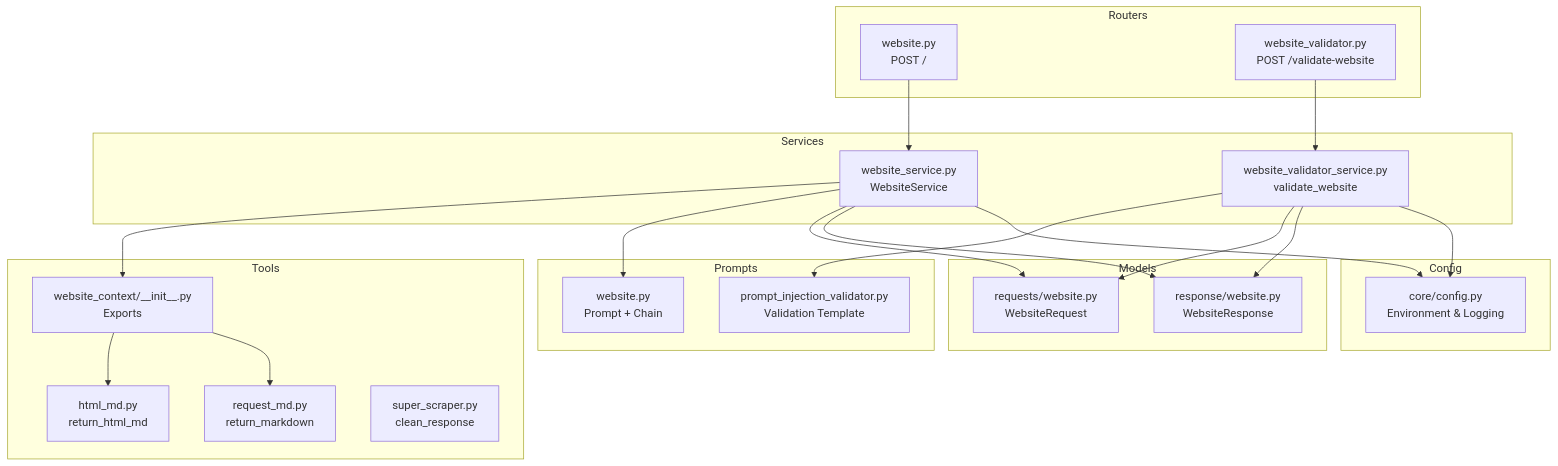
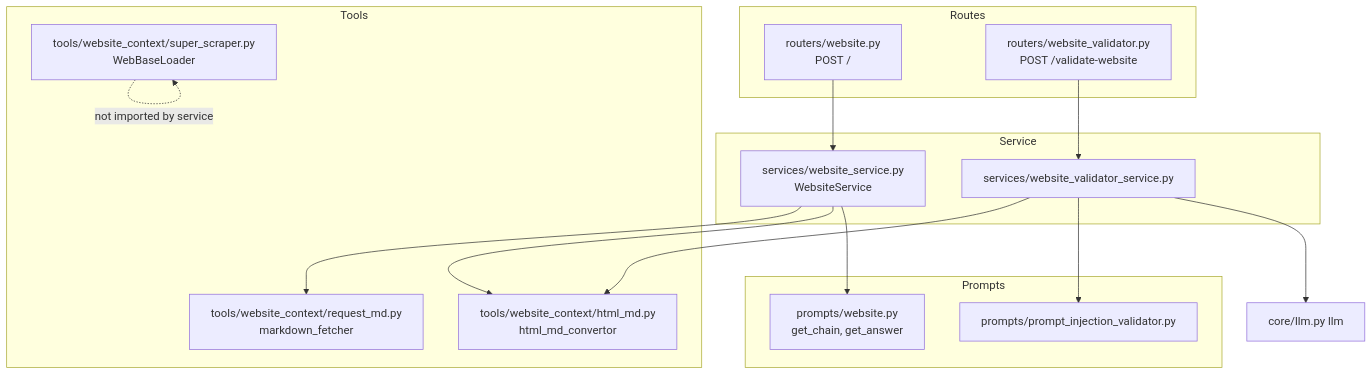
The first of 6 diagrams in src/data/docs/agentic-browser/Service Integrations/Website Analysis Integration.md (tashifkhan/tashif.codes), drawn with Mermaid before and after one commit. The commit also changed other lines of this file and 114 other files, not shown here.

````diff
--- a/src/data/docs/agentic-browser/Service Integrations/Website Analysis Integration.md
+++ b/src/data/docs/agentic-browser/Service Integrations/Website Analysis Integration.md
@@ -14,41 +19,29 @@
 ```mermaid
 graph TB
-subgraph "Routers"
-R1["website.py<br/>POST /"]
-R2["website_validator.py<br/>POST /validate-website"]
-end
-subgraph "Services"
-S1["website_service.py<br/>WebsiteService"]
-S2["website_validator_service.py<br/>validate_website"]
-end
-subgraph "Tools"
-T1["website_context/__init__.py<br/>Exports"]
-T2["html_md.py<br/>return_html_md"]
-T3["request_md.py<br/>return_markdown"]
-T4["super_scraper.py<br/>clean_response"]
-end
-subgraph "Prompts"
-P1["website.py<br/>Prompt + Chain"]
-P2["prompt_injection_validator.py<br/>Validation Template"]
-end
-subgraph "Models"
-M1["requests/website.py<br/>WebsiteRequest"]
-M2["response/website.py<br/>WebsiteResponse"]
-end
-subgraph "Config"
-C1["core/config.py<br/>Environment & Logging"]
-end
-R1 --> S1
-R2 --> S2
-S1 --> T1
-T1 --> T2
-T1 --> T3
-S1 --> P1
-S2 --> P2
-S1 --> M1
-S1 --> M2
-S2 --> M1
-S2 --> M2
-S1 --> C1
-S2 --> C1
+  subgraph Routes
+    Web["routers/website.py<br/>POST /"]
+    Val["routers/website_validator.py<br/>POST /validate-website"]
+  end
+  subgraph Service
+    Svc["services/website_service.py<br/>WebsiteService"]
+    VSvc["services/website_validator_service.py"]
+  end
+  subgraph Tools
+    Fetch["tools/website_context/request_md.py<br/>markdown_fetcher"]
+    Html["tools/website_context/html_md.py<br/>html_md_convertor"]
+    Scraper["tools/website_context/super_scraper.py<br/>WebBaseLoader"]
+  end
+  subgraph Prompts
+    WP["prompts/website.py<br/>get_chain, get_answer"]
+    VP["prompts/prompt_injection_validator.py"]
+  end
+  Web --> Svc
+  Val --> VSvc
+  Svc --> Fetch
+  Svc --> Html
+  Svc --> WP
+  VSvc --> Html
+  VSvc --> VP
+  VSvc --> LLM["core/llm.py llm"]
+  Scraper -. "not imported by service" .-> Scraper
 ```
````
